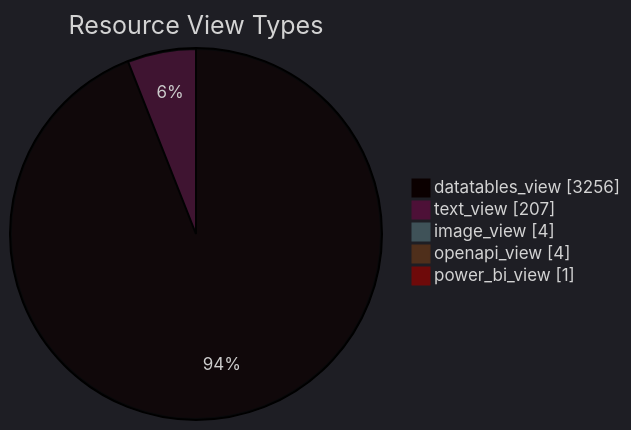
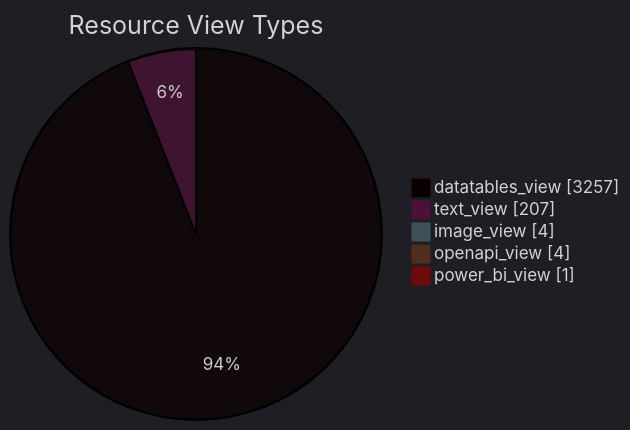
The diagram in datastore_tracker/resource_view_types_pie_chart.md (open-data/analytics-corporate-reporting), drawn with Mermaid before and after one commit. The commit also changed 9 other files, not shown here.

````diff
--- a/datastore_tracker/resource_view_types_pie_chart.md
+++ b/datastore_tracker/resource_view_types_pie_chart.md
@@ -2,12 +2,12 @@
 ```mermaid
 ---
 config:
   theme: dark
 ---
 pie showData title Resource View Types
-    "datatables_view": 3256
+    "datatables_view": 3257
     "text_view": 207
     "image_view": 4
     "openapi_view": 4
     "power_bi_view": 1
 ```
````
